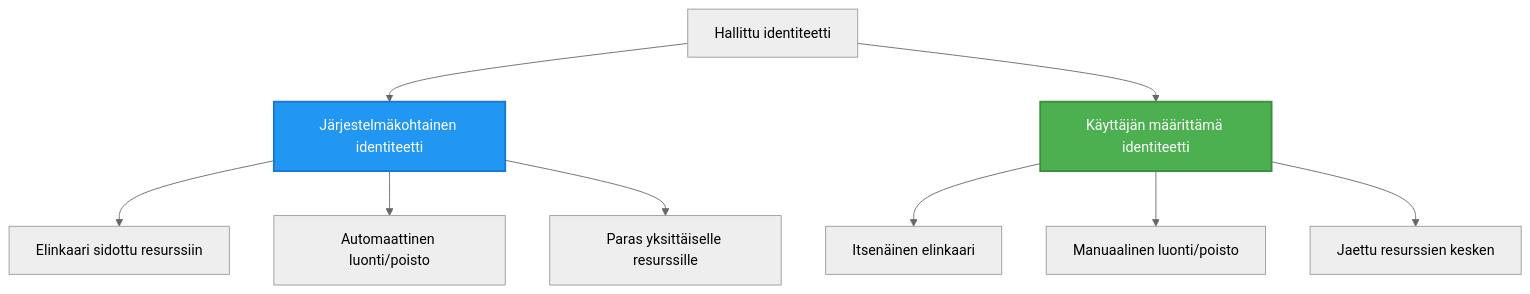
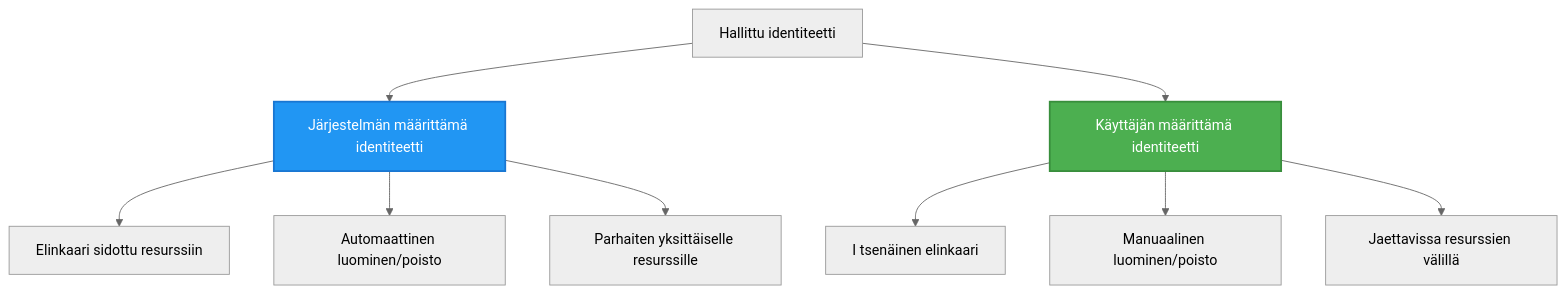
One commit to microsoft/AZD-for-beginners changed the second of 2 diagrams in translations/fi/docs/chapter-03-configuration/authsecurity.md. Above: the diagram before and after it, drawn with Mermaid (neutral theme). The commit also changed other lines of this file and 101 other files, not shown here.

````diff
--- a/translations/fi/docs/chapter-03-configuration/authsecurity.md
+++ b/translations/fi/docs/chapter-03-configuration/authsecurity.md
@@ -97,20 +97,20 @@
 ```mermaid
 graph TB
     MI[Hallittu identiteetti]
-    SystemAssigned[Järjestelmäkohtainen identiteetti]
+    SystemAssigned[Järjestelmän määrittämä identiteetti]
     UserAssigned[Käyttäjän määrittämä identiteetti]
     
     MI --> SystemAssigned
     MI --> UserAssigned
     
     SystemAssigned --> SA1[Elinkaari sidottu resurssiin]
-    SystemAssigned --> SA2[Automaattinen luonti/poisto]
-    SystemAssigned --> SA3[Paras yksittäiselle resurssille]
+    SystemAssigned --> SA2[Automaattinen luominen/poisto]
+    SystemAssigned --> SA3[Parhaiten yksittäiselle resurssille]
     
-    UserAssigned --> UA1[Itsenäinen elinkaari]
-    UserAssigned --> UA2[Manuaalinen luonti/poisto]
-    UserAssigned --> UA3[Jaettu resurssien kesken]
+    UserAssigned --> UA1[I tsenäinen elinkaari]
+    UserAssigned --> UA2[Manuaalinen luominen/poisto]
+    UserAssigned --> UA3[Jaettavissa resurssien välillä]
     
     style SystemAssigned fill:#2196F3,stroke:#1976D2,stroke-width:2px,color:#fff
     style UserAssigned fill:#4CAF50,stroke:#388E3C,stroke-width:2px,color:#fff
 ```
````
